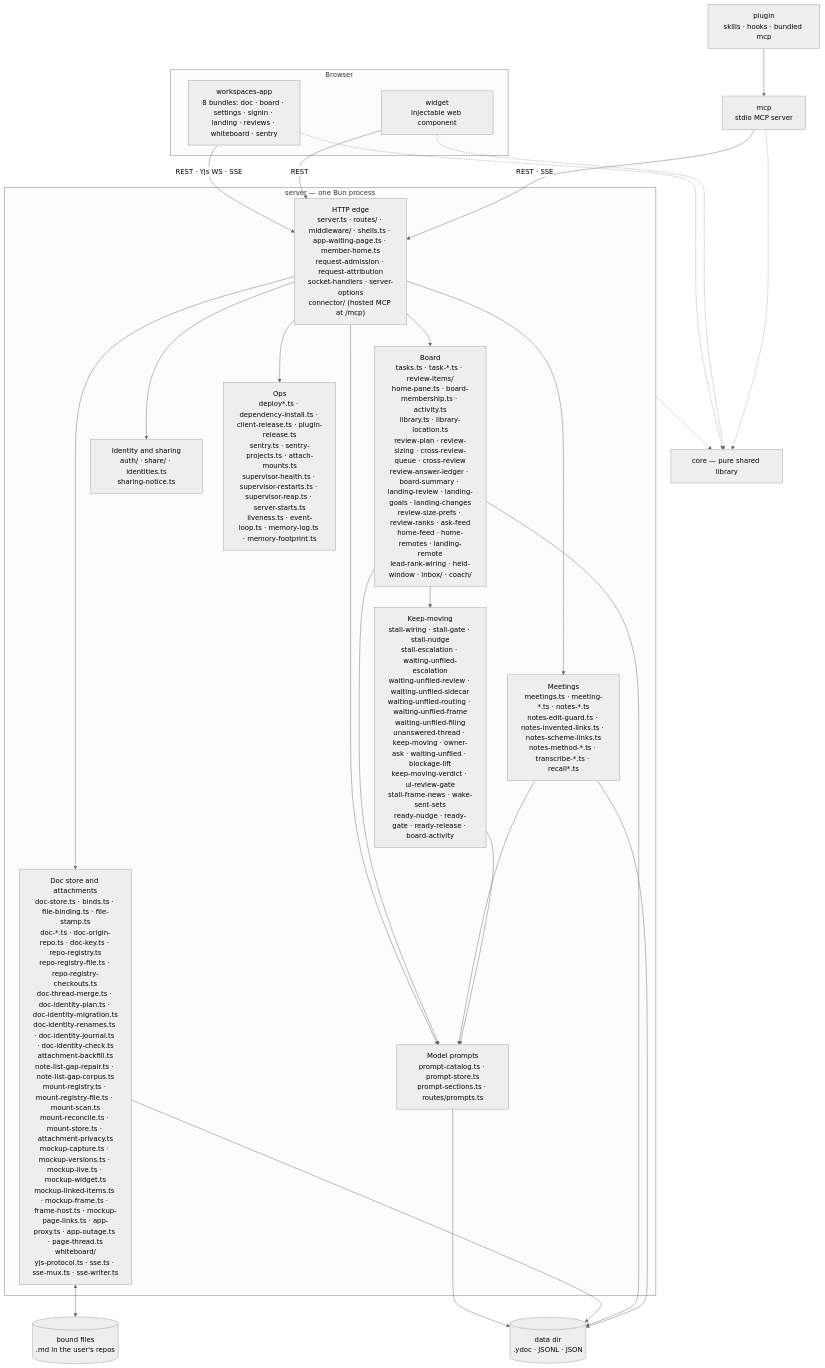
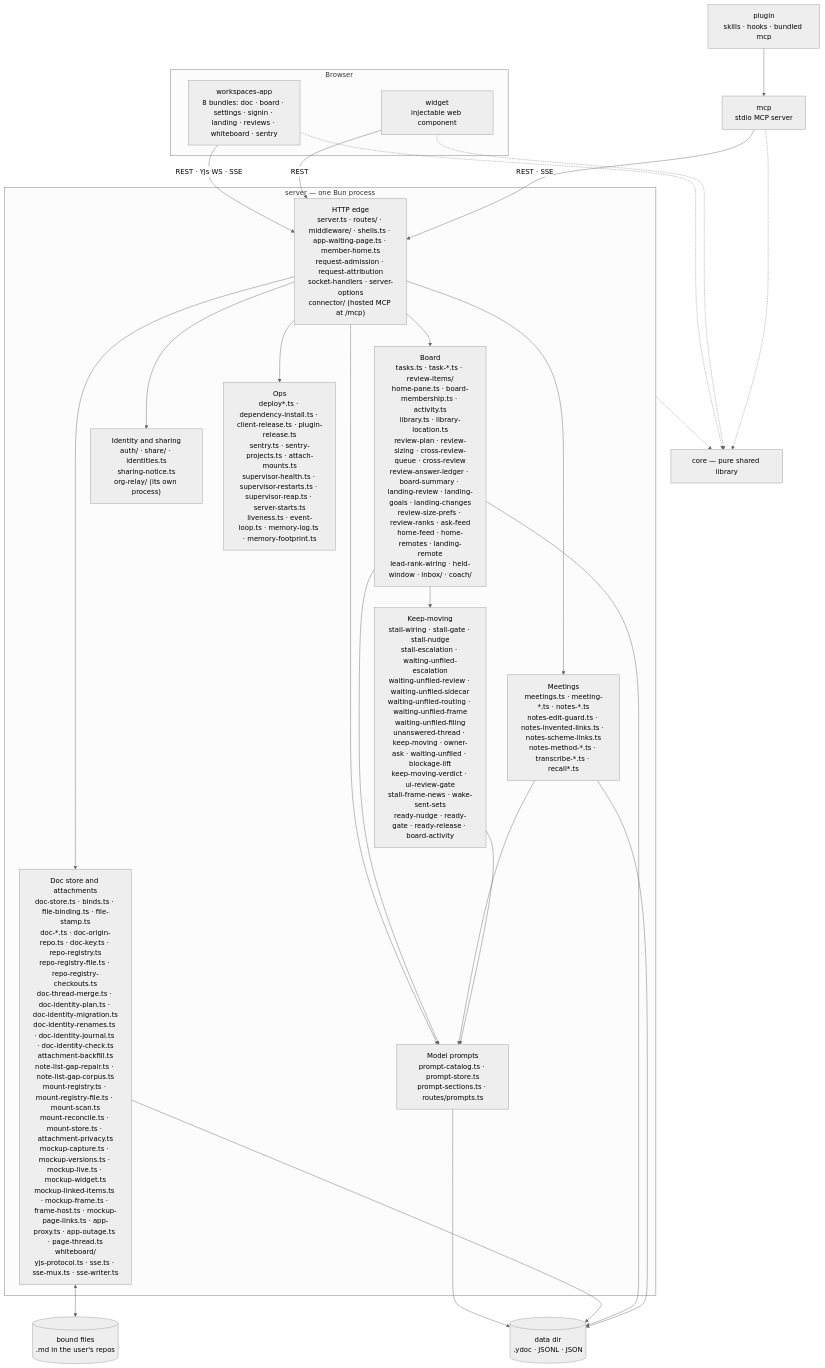
Before and after one commit to fryanpan/claude-workspaces-plugin: the first of 2 diagrams in docs/architecture/overview.md, drawn with Mermaid (neutral theme). The commit also changed other lines of this file and 1 other file, not shown here.

First line of the commit message:
Name the relay in the architecture and security docs

````diff
--- a/docs/architecture/overview.md
+++ b/docs/architecture/overview.md
@@ -45,35 +45,35 @@
 ```mermaid
 flowchart TB
   subgraph browser[Browser]
     app["workspaces-app<br/>8 bundles: doc · board · settings · signin · landing · reviews · whiteboard · sentry"]
     wid["widget<br/>injectable web component"]
   end
   plug["plugin<br/>skills · hooks · bundled mcp"]
   mcp["mcp<br/>stdio MCP server"]
   subgraph srv["server — one Bun process"]
     edge["HTTP edge<br/>server.ts · routes/ · middleware/ · shells.ts · app-waiting-page.ts · member-home.ts<br/>request-admission · request-attribution<br/>socket-handlers · server-options<br/>connector/ (hosted MCP at /mcp)"]
     docs["Doc store and attachments<br/>doc-store.ts · binds.ts · file-binding.ts · file-stamp.ts<br/>doc-*.ts · doc-origin-repo.ts · doc-key.ts · repo-registry.ts<br/>repo-registry-file.ts · repo-registry-checkouts.ts<br/>doc-thread-merge.ts · doc-identity-plan.ts · doc-identity-migration.ts<br/>doc-identity-renames.ts · doc-identity-journal.ts · doc-identity-check.ts<br/>attachment-backfill.ts<br/>note-list-gap-repair.ts · note-list-gap-corpus.ts<br/>mount-registry.ts · mount-registry-file.ts · mount-scan.ts<br/>mount-reconcile.ts · mount-store.ts · attachment-privacy.ts<br/>mockup-capture.ts · mockup-versions.ts · mockup-live.ts · mockup-widget.ts<br/>mockup-linked-items.ts · mockup-frame.ts · frame-host.ts · mockup-page-links.ts · app-proxy.ts · app-outage.ts · page-thread.ts<br/>whiteboard/<br/>yjs-protocol.ts · sse.ts · sse-mux.ts · sse-writer.ts"]
     board["Board<br/>tasks.ts · task-*.ts · review-items/<br/>home-pane.ts · board-membership.ts · activity.ts<br/>library.ts · library-location.ts<br/>review-plan · review-sizing · cross-review-queue · cross-review<br/>review-answer-ledger · board-summary · landing-review · landing-goals · landing-changes<br/>review-size-prefs · review-ranks · ask-feed<br/>home-feed · home-remotes · landing-remote<br/>lead-rank-wiring · held-window · inbox/ · coach/"]
     meet["Meetings<br/>meetings.ts · meeting-*.ts · notes-*.ts<br/>notes-edit-guard.ts · notes-invented-links.ts · notes-scheme-links.ts<br/>notes-method-*.ts · transcribe-*.ts · recall*.ts"]
     keep["Keep-moving<br/>stall-wiring · stall-gate · stall-nudge<br/>stall-escalation · waiting-unfiled-escalation<br/>waiting-unfiled-review · waiting-unfiled-sidecar<br/>waiting-unfiled-routing · waiting-unfiled-frame<br/>waiting-unfiled-filing<br/>unanswered-thread · keep-moving · owner-ask · waiting-unfiled · blockage-lift<br/>keep-moving-verdict · ui-review-gate<br/>stall-frame-news · wake-sent-sets<br/>ready-nudge · ready-gate · ready-release · board-activity"]
-    ident["Identity and sharing<br/>auth/ · share/ · identities.ts<br/>sharing-notice.ts"]
+    ident["Identity and sharing<br/>auth/ · share/ · identities.ts<br/>sharing-notice.ts<br/>org-relay/ (its own process)"]
     prompts["Model prompts<br/>prompt-catalog.ts · prompt-store.ts<br/>prompt-sections.ts · routes/prompts.ts"]
     ops["Ops<br/>deploy*.ts · dependency-install.ts · client-release.ts · plugin-release.ts<br/>sentry.ts · sentry-projects.ts · attach-mounts.ts<br/>supervisor-health.ts · supervisor-restarts.ts · supervisor-reap.ts · server-starts.ts<br/>liveness.ts · event-loop.ts · memory-log.ts · memory-footprint.ts"]
   end
   core["core — pure shared library"]
   disk[("data dir<br/>.ydoc · JSONL · JSON")]
   files[("bound files<br/>.md in the user's repos")]
 
   app -->|"REST · Yjs WS · SSE"| edge
   wid -->|REST| edge
   plug --> mcp
   mcp -->|"REST · SSE"| edge
   edge --> docs & board & meet & ident & ops & prompts
   board & meet & keep --> prompts
   prompts --> disk
   board --> keep
   docs <--> files
   docs & board & meet --> disk
   app & wid & mcp -.-> core
   srv -.-> core
 ```
````
